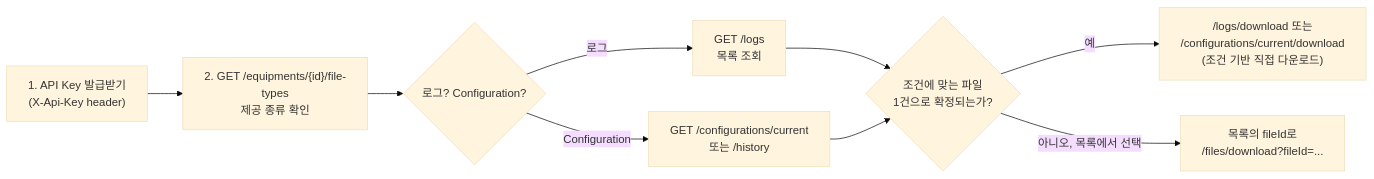
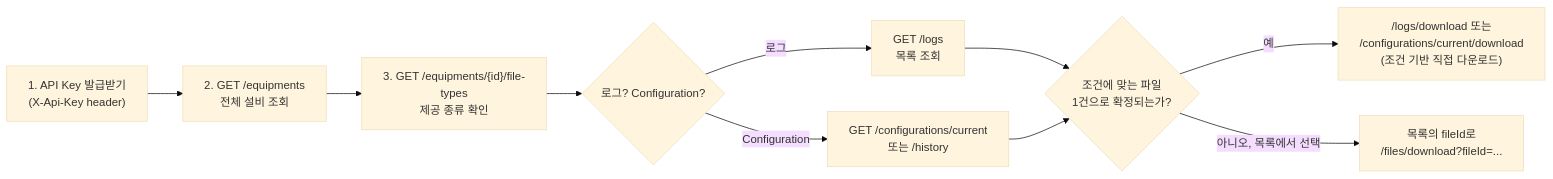
Before and after one commit to hjung3113/FileGateway: the third of 5 diagrams in README.md, drawn with Mermaid (base theme). The commit also changed other lines of this file and 9 other files, not shown here.

````diff
--- a/README.md
+++ b/README.md
@@ -207,11 +208,12 @@
 ```mermaid
 flowchart LR
-    A1["1. API Key 발급받기<br/>(X-Api-Key header)"] --> A2["2. GET /equipments/{id}/file-types<br/>제공 종류 확인"]
-    A2 --> A3{"로그? Configuration?"}
-    A3 -- 로그 --> A4["GET /logs<br/>목록 조회"]
-    A3 -- Configuration --> A5["GET /configurations/current<br/>또는 /history"]
-    A4 --> A6{"조건에 맞는 파일<br/>1건으로 확정되는가?"}
-    A5 --> A6
-    A6 -- 예 --> A7["/logs/download 또는<br/>/configurations/current/download<br/>(조건 기반 직접 다운로드)"]
-    A6 -- 아니오, 목록에서 선택 --> A8["목록의 fileId로<br/>/files/download?fileId=..."]
+    A1["1. API Key 발급받기<br/>(X-Api-Key header)"] --> A2["2. GET /equipments<br/>전체 설비 조회"]
+    A2 --> A3["3. GET /equipments/{id}/file-types<br/>제공 종류 확인"]
+    A3 --> A4{"로그? Configuration?"}
+    A4 -- 로그 --> A5["GET /logs<br/>목록 조회"]
+    A4 -- Configuration --> A6["GET /configurations/current<br/>또는 /history"]
+    A5 --> A7{"조건에 맞는 파일<br/>1건으로 확정되는가?"}
+    A6 --> A7
+    A7 -- 예 --> A8["/logs/download 또는<br/>/configurations/current/download<br/>(조건 기반 직접 다운로드)"]
+    A7 -- 아니오, 목록에서 선택 --> A9["목록의 fileId로<br/>/files/download?fileId=..."]
 ```
````
